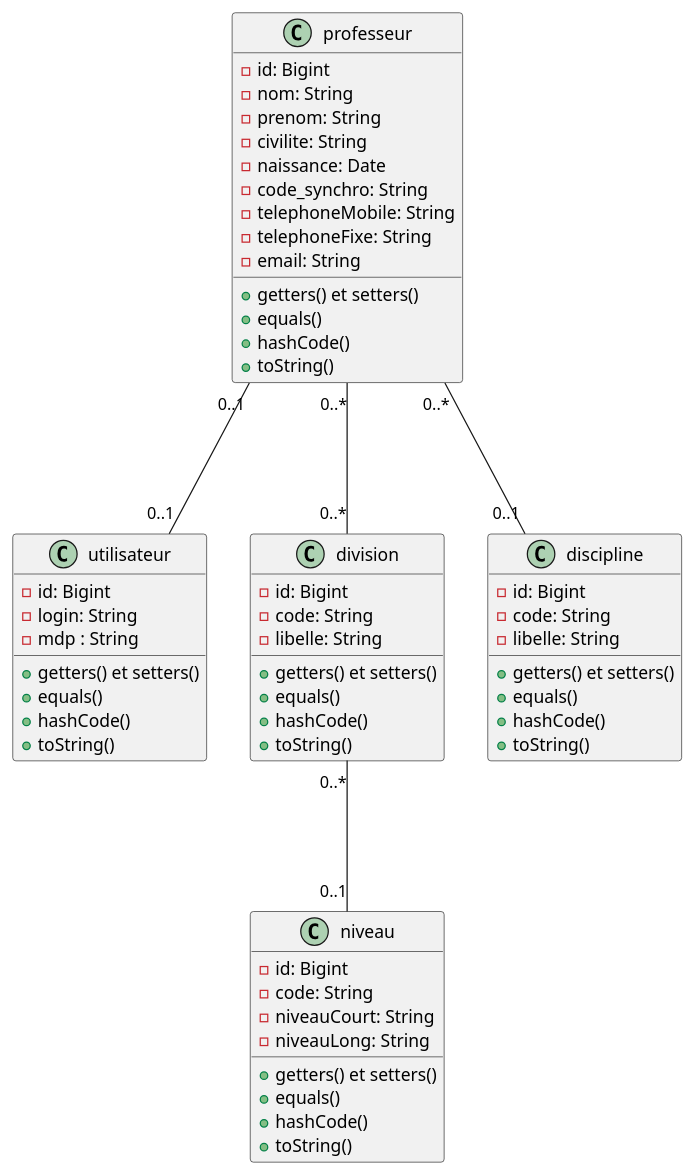
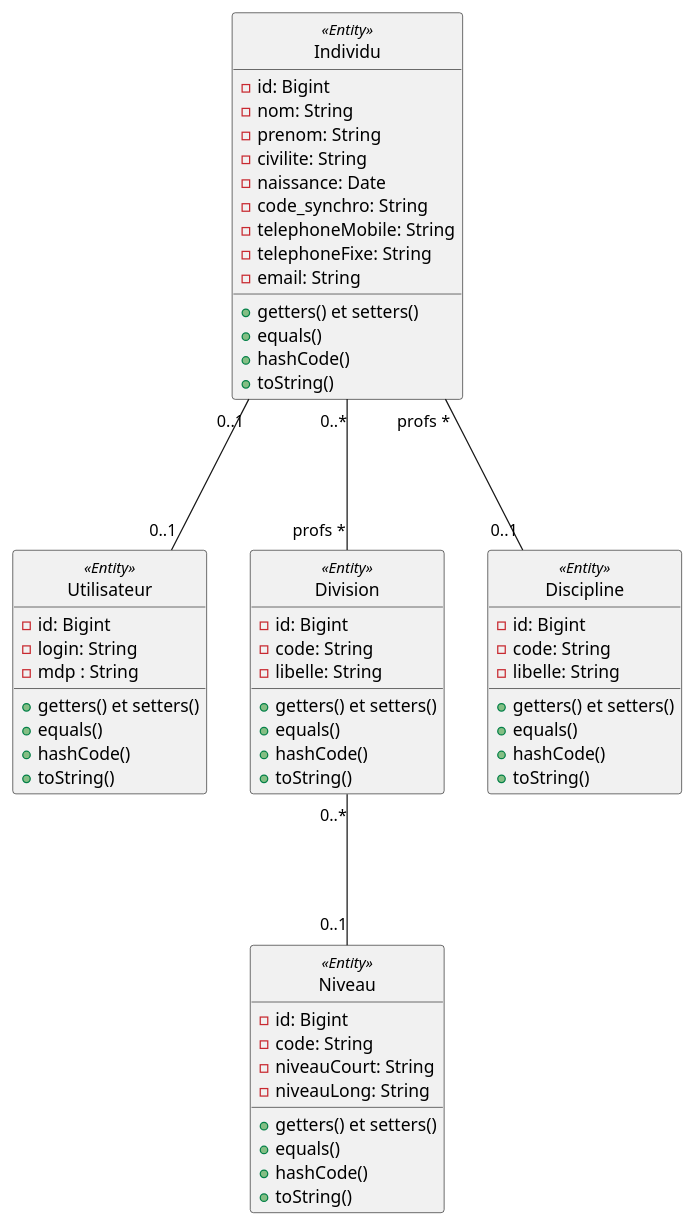
The diagram in src/main/docs/base_pfmp.puml (frederic-v/gestages), drawn with PlantUML before and after one commit. The commit also changed 7 other files, not shown here.

```diff
--- a/src/main/docs/base_pfmp.puml
+++ b/src/main/docs/base_pfmp.puml
@@ -1,64 +1,65 @@
 @startuml
 
-class professeur {
+class Individu << Entity >> {
   - id: Bigint
   - nom: String
   - prenom: String
   - civilite: String
   - naissance: Date
   - code_synchro: String
   - telephoneMobile: String
   - telephoneFixe: String
   - email: String
   + getters() et setters()
   + equals()
   + hashCode()
   + toString()
 }
 
-class utilisateur {
+class Utilisateur << Entity >> {
    -id: Bigint
    -login: String
    -mdp : String
    + getters() et setters()
    + equals()
    + hashCode()
    + toString()
 }
 
-class division {
+class Division << Entity >> {
    - id: Bigint
    - code: String
    - libelle: String
    + getters() et setters()
    + equals()
    + hashCode()
    + toString()
 }
 
-class niveau {
+class Niveau << Entity >> {
    - id: Bigint
    - code: String
    - niveauCourt: String
    - niveauLong: String
    + getters() et setters()
    + equals()
    + hashCode()
    + toString()
 }
 
-class discipline {
+class Discipline << Entity >> {
    - id: Bigint
    - code: String
    - libelle: String
    + getters() et setters()
    + equals()
    + hashCode()
    + toString()
 }
 
-professeur "0..*" --- "0..*"  division
-professeur "0..*" --- "0..1" discipline
-division "0..*" --- "0..1" niveau
-professeur "0..1" --- "0..1" utilisateur
+hide circle
+Individu "0..*" --- "profs *" Division
+Individu " profs *" --- "0..1" Discipline
+Division "0..*" --- "0..1" Niveau
+Individu "0..1" --- "0..1" Utilisateur
 @enduml
```
